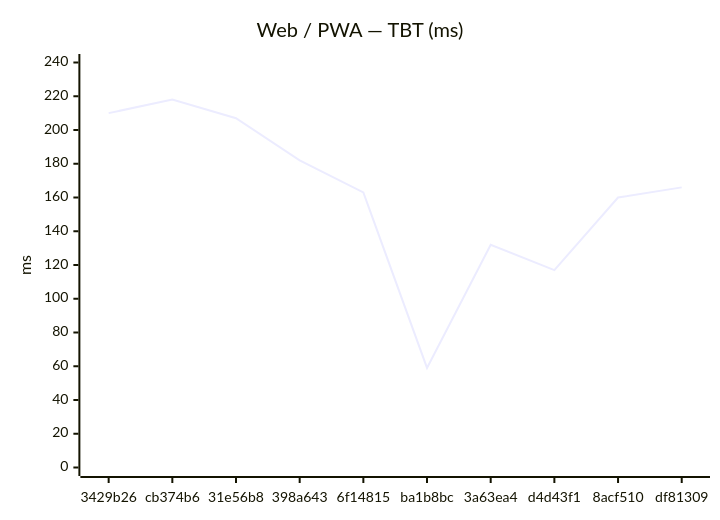
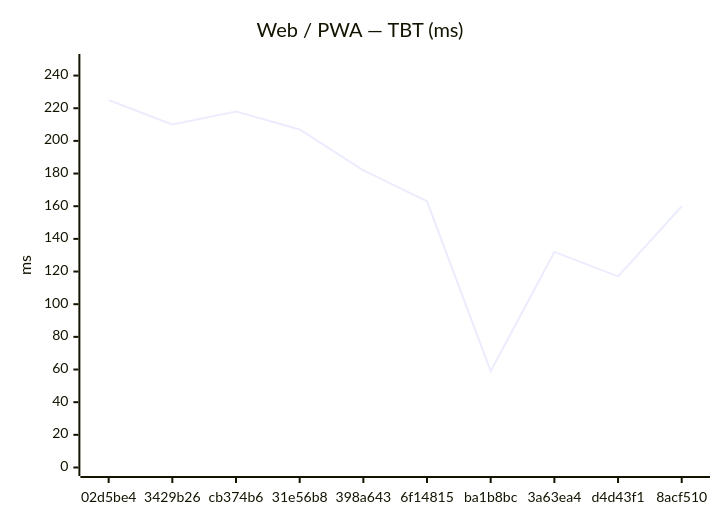
One commit to Metaheurist/Rianell changed the second of 18 diagrams in benchmarks/compare.md. Above: the diagram before and after it, drawn with Mermaid. The commit also changed other lines of this file and 11 other files, not shown here.

````diff
--- a/benchmarks/compare.md
+++ b/benchmarks/compare.md
@@ -31,7 +31,7 @@
 ```mermaid
 xychart-beta
     title "Web / PWA — TBT (ms)"
-    x-axis ["3429b26", "cb374b6", "31e56b8", "398a643", "6f14815", "ba1b8bc", "3a63ea4", "d4d43f1", "8acf510", "df81309"]
-    y-axis "ms" 0 --> 240
-    line [210, 218, 207, 182, 163, 59, 132, 117, 160, 166]
+    x-axis ["02d5be4", "3429b26", "cb374b6", "31e56b8", "398a643", "6f14815", "ba1b8bc", "3a63ea4", "d4d43f1", "8acf510"]
+    y-axis "ms" 0 --> 248
+    line [225, 210, 218, 207, 182, 163, 59, 132, 117, 160]
 ```
````
